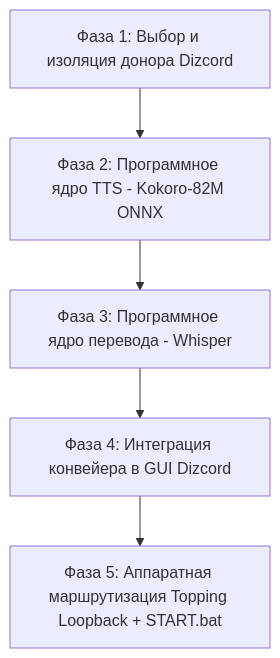
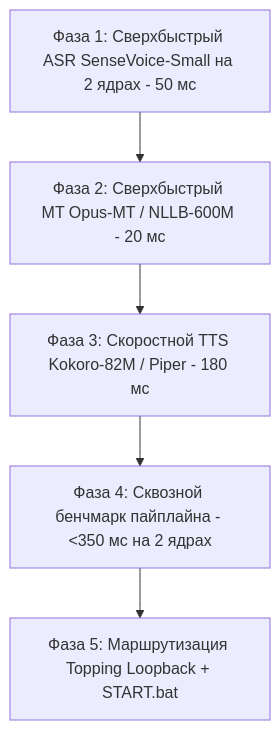
The diagram in stage_3_voice/ROADMAP.md (Sonatko/all_translete_online), drawn with Mermaid before and after one commit. The commit also changed other lines of this file and 1 other file, not shown here.

Commit message:
docs(stage3): post-mortem of Arch 1 (Whisper rejected for 2-core CPU budget) and define Arch 2 speed stack

````diff
--- a/stage_3_voice/ROADMAP.md
+++ b/stage_3_voice/ROADMAP.md
@@ -16,7 +17,7 @@
 ```mermaid
 flowchart TD
-    P1[Фаза 1: Выбор и изоляция донора Dizcord] --> P2[Фаза 2: Программное ядро TTS - Kokoro-82M ONNX]
-    P2 --> P3[Фаза 3: Программное ядро перевода - Whisper]
-    P3 --> P4[Фаза 4: Интеграция конвейера в GUI Dizcord]
-    P4 --> P5[Фаза 5: Аппаратная маршрутизация Topping Loopback + START.bat]
+    P1[Фаза 1: Сверхбыстрый ASR SenseVoice-Small на 2 ядрах - 50 мс] --> P2[Фаза 2: Сверхбыстрый MT Opus-MT / NLLB-600M - 20 мс]
+    P2 --> P3[Фаза 3: Скоростной TTS Kokoro-82M / Piper - 180 мс]
+    P3 --> P4[Фаза 4: Сквозной бенчмарк пайплайна - <350 мс на 2 ядрах]
+    P4 --> P5[Фаза 5: Маршрутизация Topping Loopback + START.bat]
 ```
````
